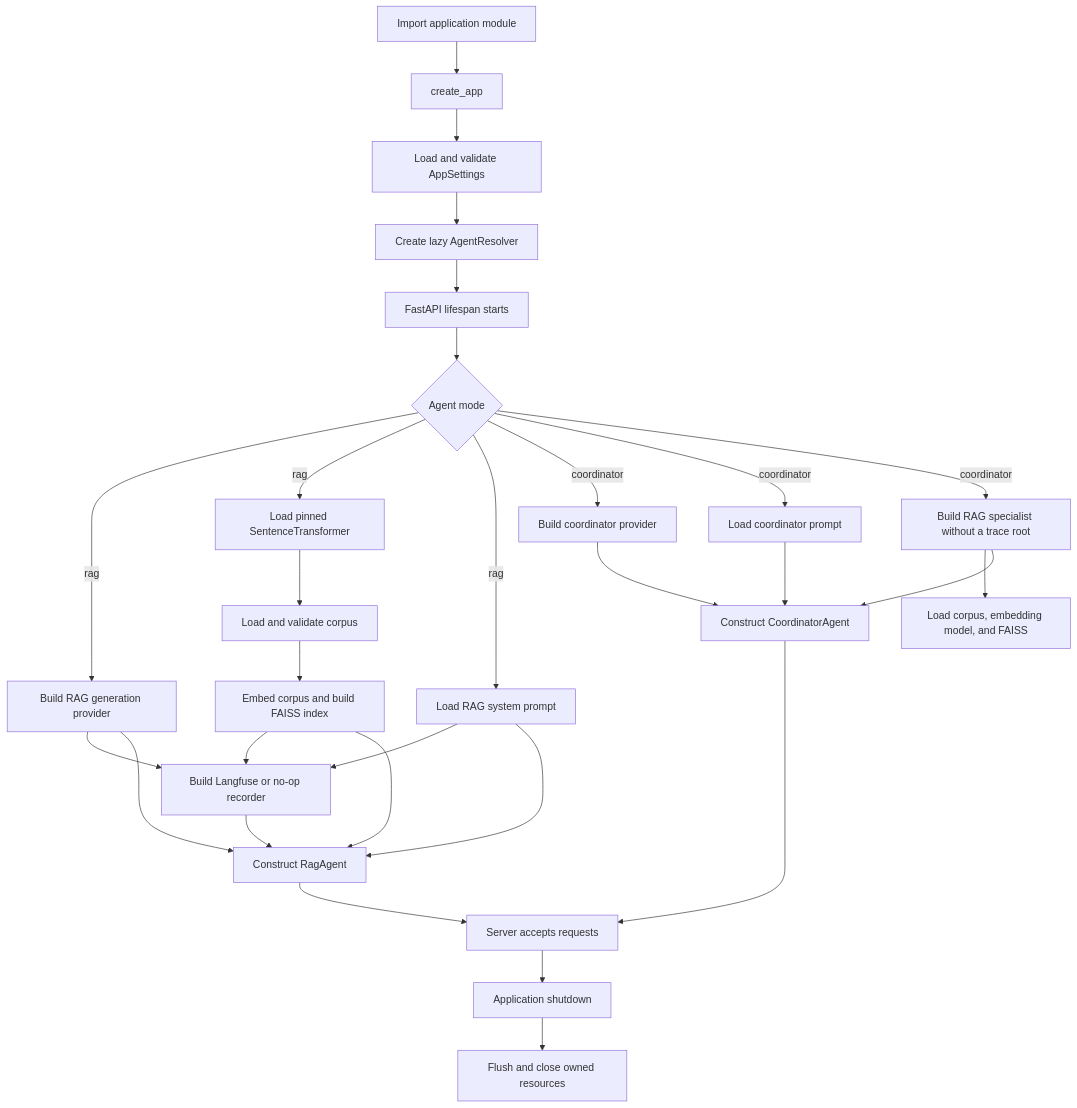
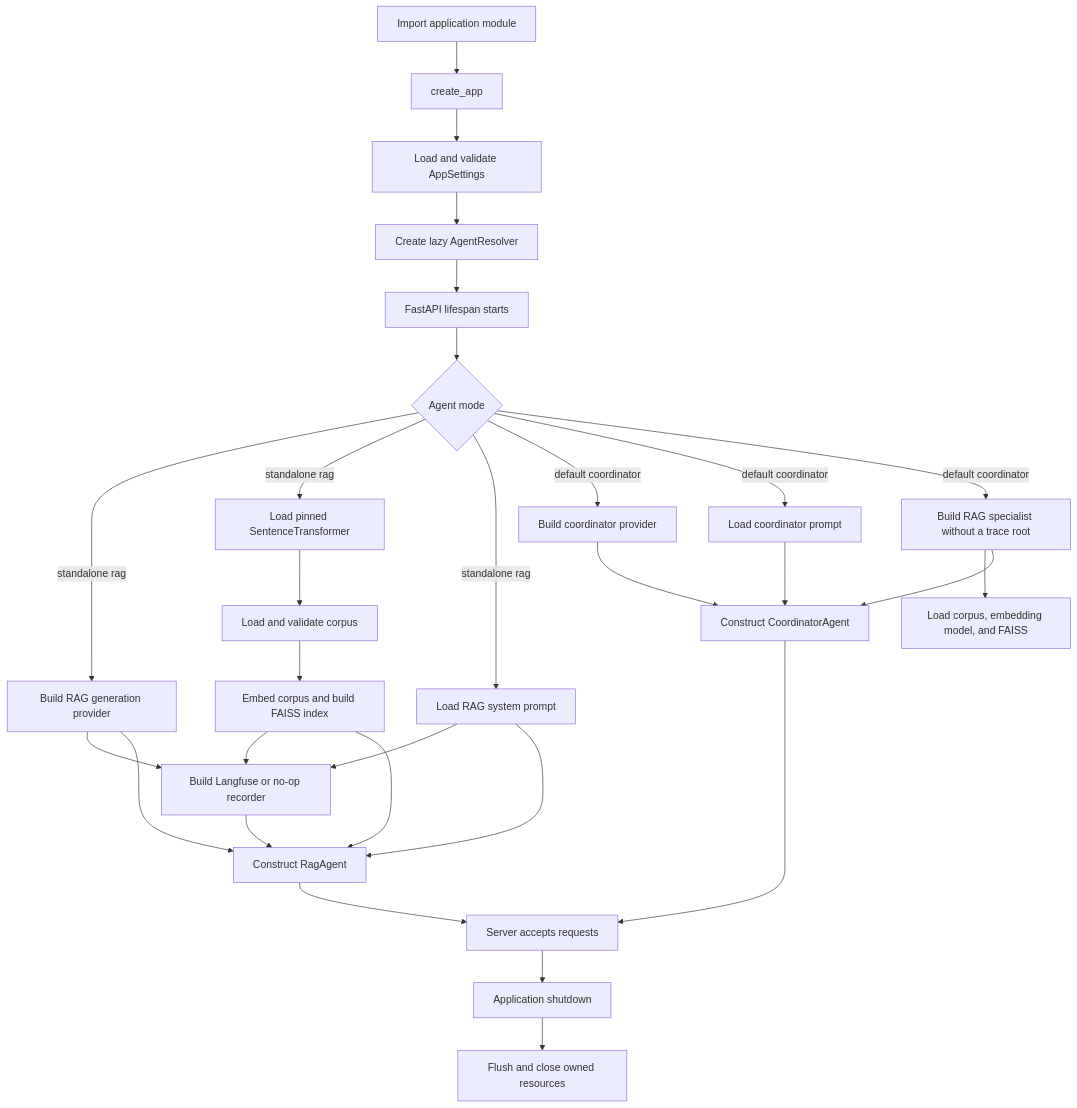
The fourth of 16 diagrams in architecture.md (govtech-responsibleai/agentic-eval-toyapp), drawn with Mermaid before and after one commit. The commit also changed other lines of this file and 28 other files, not shown here.

````diff
--- a/architecture.md
+++ b/architecture.md
@@ -257,31 +309,31 @@
 ```mermaid
 flowchart TD
     Import[Import application module] --> Factory[create_app]
     Factory --> Settings[Load and validate AppSettings]
     Settings --> Resolver[Create lazy AgentResolver]
     Resolver --> Lifespan[FastAPI lifespan starts]
     Lifespan --> Mode{Agent mode}
-    Mode -->|rag| Generation[Build RAG generation provider]
-    Mode -->|rag| Embedding[Load pinned SentenceTransformer]
+    Mode -->|standalone rag| Generation[Build RAG generation provider]
+    Mode -->|standalone rag| Embedding[Load pinned SentenceTransformer]
     Embedding --> Corpus[Load and validate corpus]
     Corpus --> Index[Embed corpus and build FAISS index]
-    Mode -->|rag| Prompt[Load RAG system prompt]
+    Mode -->|standalone rag| Prompt[Load RAG system prompt]
     Generation --> Tracing[Build Langfuse or no-op recorder]
     Index --> Tracing
     Prompt --> Tracing
     Generation --> Agent[Construct RagAgent]
     Index --> Agent[Construct RagAgent]
     Prompt --> Agent
     Tracing --> Agent
-    Mode -->|coordinator| CoordinatorProvider[Build coordinator provider]
-    Mode -->|coordinator| CoordinatorPrompt[Load coordinator prompt]
-    Mode -->|coordinator| Specialist[Build RAG specialist without a trace root]
+    Mode -->|default coordinator| CoordinatorProvider[Build coordinator provider]
+    Mode -->|default coordinator| CoordinatorPrompt[Load coordinator prompt]
+    Mode -->|default coordinator| Specialist[Build RAG specialist without a trace root]
     Specialist --> SpecialistIndex[Load corpus, embedding model, and FAISS]
     CoordinatorProvider --> Coordinator[Construct CoordinatorAgent]
     CoordinatorPrompt --> Coordinator
     Specialist --> Coordinator
     Agent --> Ready[Server accepts requests]
     Coordinator --> Ready
     Ready --> Shutdown[Application shutdown]
     Shutdown --> Flush[Flush and close owned resources]
 ```
````
